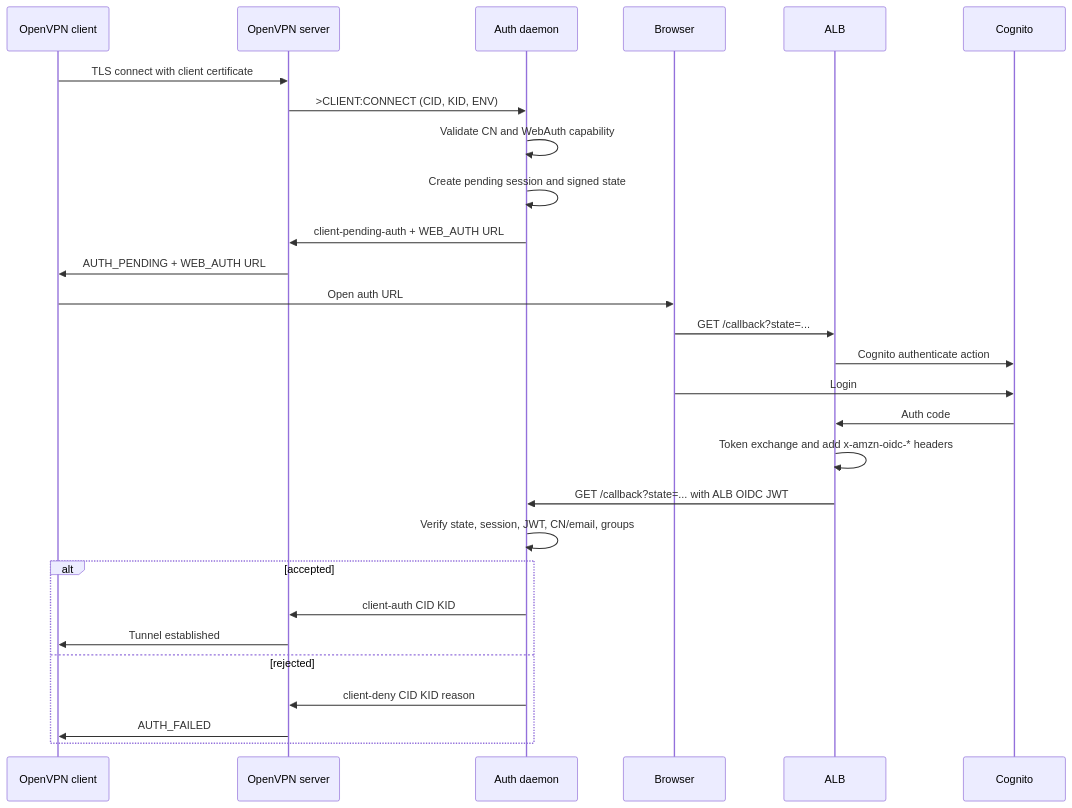
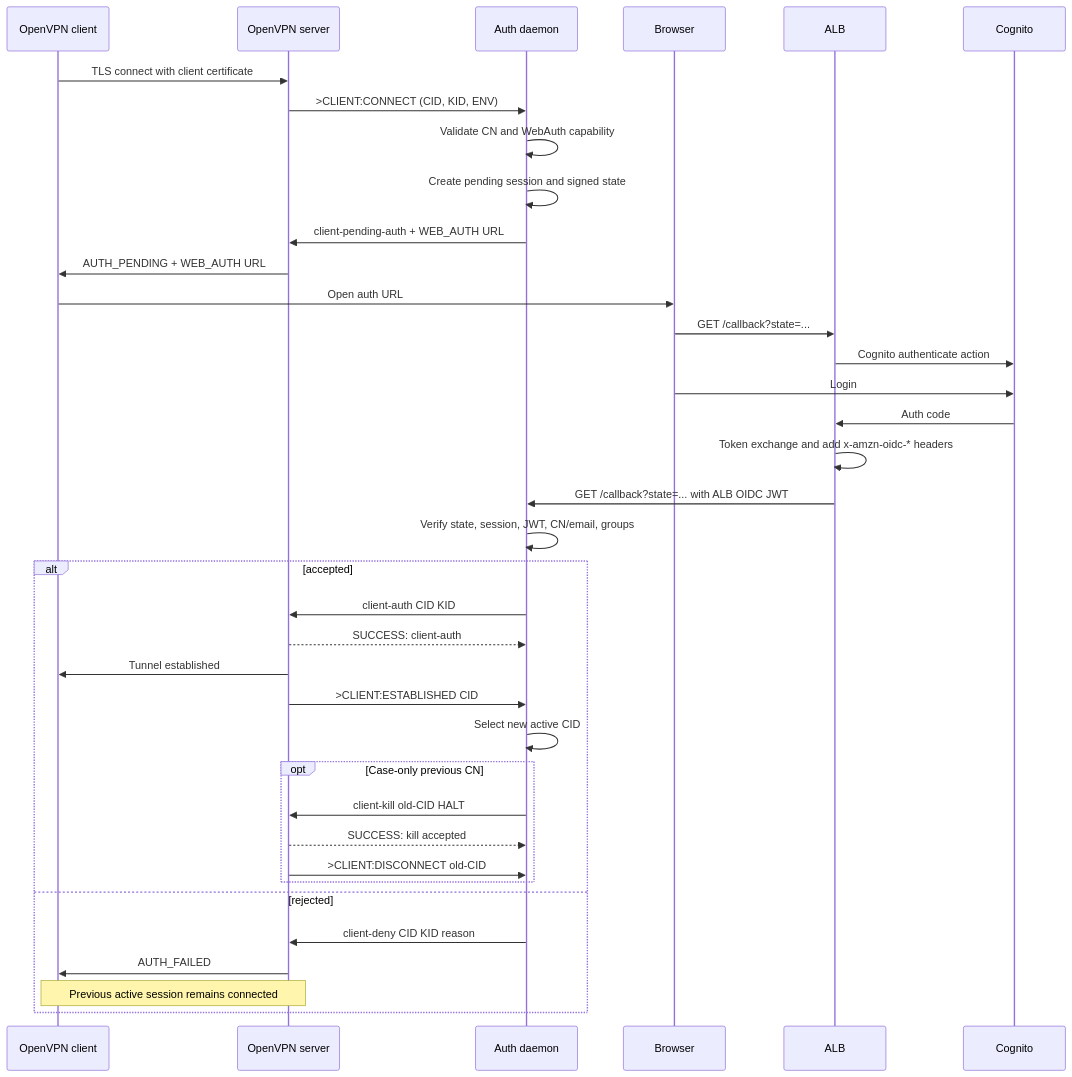
The diagram in docs/overview.md (luk-kop/openvpn-auth-aws), drawn with Mermaid before and after one commit. The commit also changed other lines of this file and 102 other files, not shown here.

````diff
--- a/docs/overview.md
+++ b/docs/overview.md
@@ -40,31 +42,40 @@
 ```mermaid
 sequenceDiagram
     participant C as OpenVPN client
     participant O as OpenVPN server
     participant D as Auth daemon
     participant B as Browser
     participant A as ALB
     participant Co as Cognito
 
     C->>O: TLS connect with client certificate
     O->>D: >CLIENT:CONNECT (CID, KID, ENV)
     D->>D: Validate CN and WebAuth capability
     D->>D: Create pending session and signed state
     D->>O: client-pending-auth + WEB_AUTH URL
     O->>C: AUTH_PENDING + WEB_AUTH URL
     C->>B: Open auth URL
     B->>A: GET /callback?state=...
     A->>Co: Cognito authenticate action
     B->>Co: Login
     Co->>A: Auth code
     A->>A: Token exchange and add x-amzn-oidc-* headers
     A->>D: GET /callback?state=... with ALB OIDC JWT
     D->>D: Verify state, session, JWT, CN/email, groups
     alt accepted
         D->>O: client-auth CID KID
+        O-->>D: SUCCESS: client-auth
         O->>C: Tunnel established
+        O->>D: >CLIENT:ESTABLISHED CID
+        D->>D: Select new active CID
+        opt Case-only previous CN
+            D->>O: client-kill old-CID HALT
+            O-->>D: SUCCESS: kill accepted
+            O->>D: >CLIENT:DISCONNECT old-CID
+        end
     else rejected
         D->>O: client-deny CID KID reason
         O->>C: AUTH_FAILED
+        Note over C,O: Previous active session remains connected
     end
 ```
````
